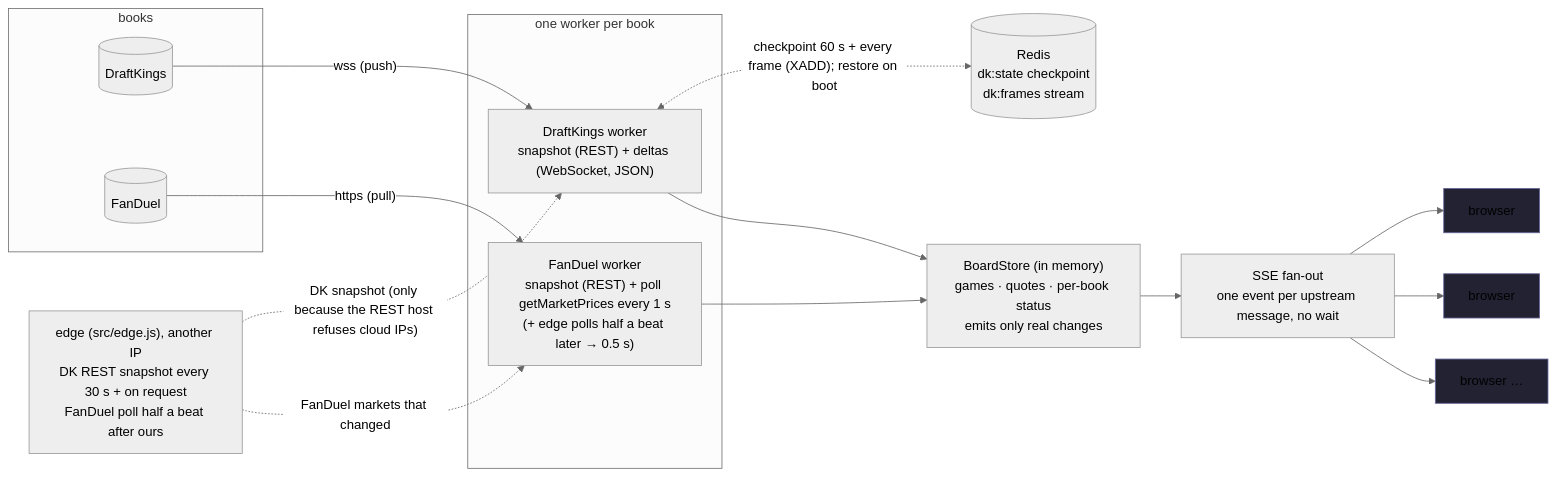
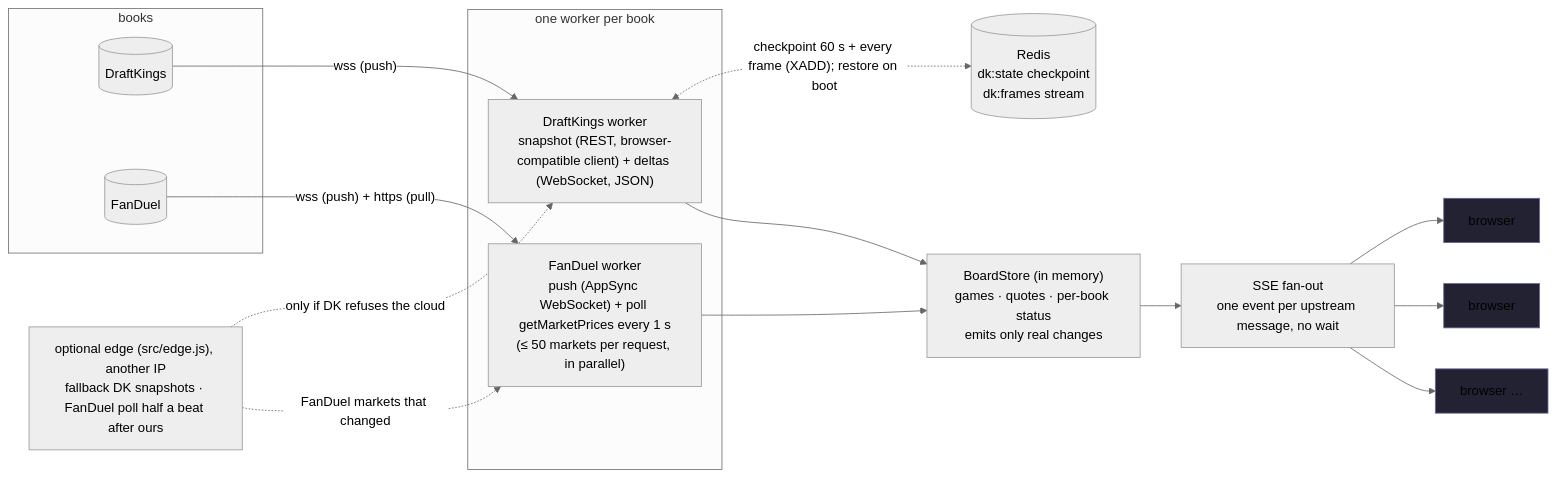
The diagram in README.md (youngbizman/nfl-odds-board), drawn with Mermaid (neutral theme) before and after one commit. The commit also changed other lines of this file and 26 other files, not shown here.

````diff
--- a/README.md
+++ b/README.md
@@ -76,27 +78,27 @@
 ```mermaid
 flowchart LR
   subgraph books
     DK[(DraftKings)]
     FD[(FanDuel)]
   end
   subgraph ingestion["one worker per book"]
-    DKW["DraftKings worker<br/>snapshot (REST) + deltas (WebSocket, JSON)"]
-    FDW["FanDuel worker<br/>snapshot (REST) + poll getMarketPrices every 1 s<br/>(+ edge polls half a beat later → 0.5 s)"]
+    DKW["DraftKings worker<br/>snapshot (REST, browser-compatible client) + deltas (WebSocket, JSON)"]
+    FDW["FanDuel worker<br/>push (AppSync WebSocket) + poll getMarketPrices every 1 s<br/>(≤ 50 markets per request, in parallel)"]
   end
   STORE["BoardStore (in memory)<br/>games · quotes · per-book status<br/>emits only real changes"]
   REDIS[("Redis<br/>dk:state checkpoint<br/>dk:frames stream")]
   DKW <-. "checkpoint 60 s + every frame (XADD); restore on boot" .-> REDIS
   SSE["SSE fan-out<br/>one event per upstream message, no wait"]
   B1[browser]:::b
   B2[browser]:::b
   B3[browser …]:::b
   DK -- "wss (push)" --> DKW
-  FD -- "https (pull)" --> FDW
+  FD -- "wss (push) + https (pull)" --> FDW
   DKW --> STORE
   FDW --> STORE
   STORE --> SSE
   SSE --> B1 & B2 & B3
-  EDGE["edge (src/edge.js), another IP<br/>DK REST snapshot every 30 s + on request<br/>FanDuel poll half a beat after ours"] -. "DK snapshot (only because the REST host refuses cloud IPs)" .-> DKW
+  EDGE["optional edge (src/edge.js), another IP<br/>fallback DK snapshots · FanDuel poll half a beat after ours"] -. "only if DK refuses the cloud" .-> DKW
   EDGE -. "FanDuel markets that changed" .-> FDW
   classDef b fill:#223,stroke:#669
 ```
````
